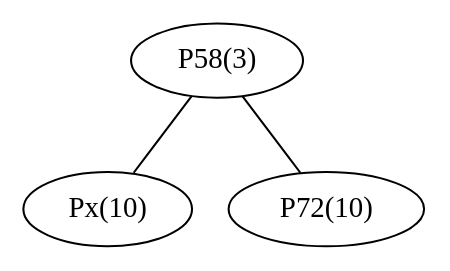
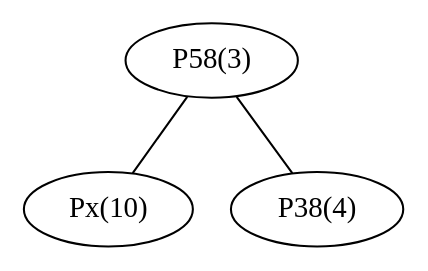
One commit to afkpost/P2PN_2014 changed the diagram in files/P58/graph_P58.dot. Above: the diagram before and after it, drawn with Graphviz. The commit also changed 110 other files, not shown here.

```diff
--- a/files/P58/graph_P58.dot
+++ b/files/P58/graph_P58.dot
@@ -1,7 +1,7 @@
 graph network {
 	"P58(3)";
 	"Px(10)";
-	"P72(10)";
+	"P38(4)";
 	"P58(3)" -- "Px(10)";
-	"P58(3)" -- "P72(10)";
+	"P58(3)" -- "P38(4)";
 }
```
